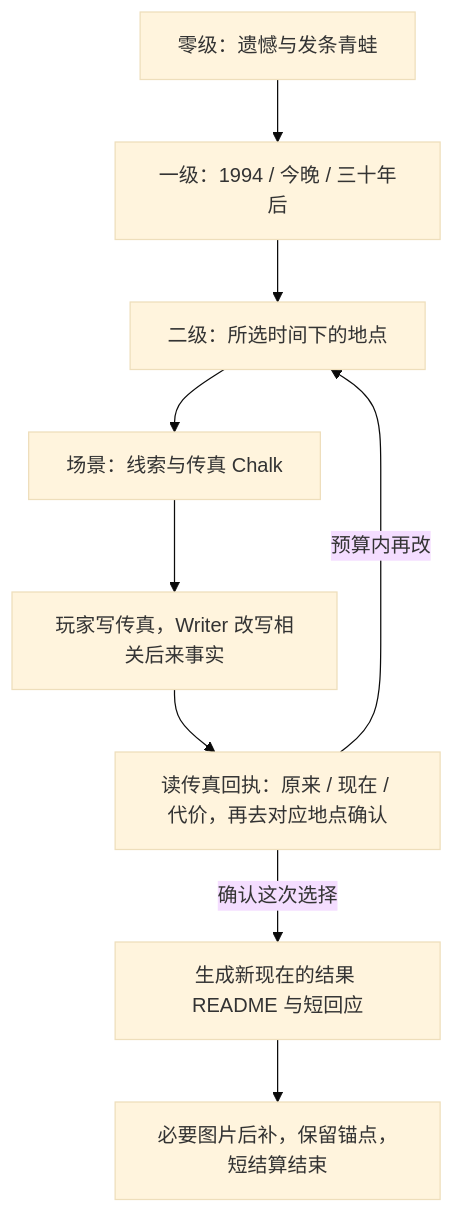
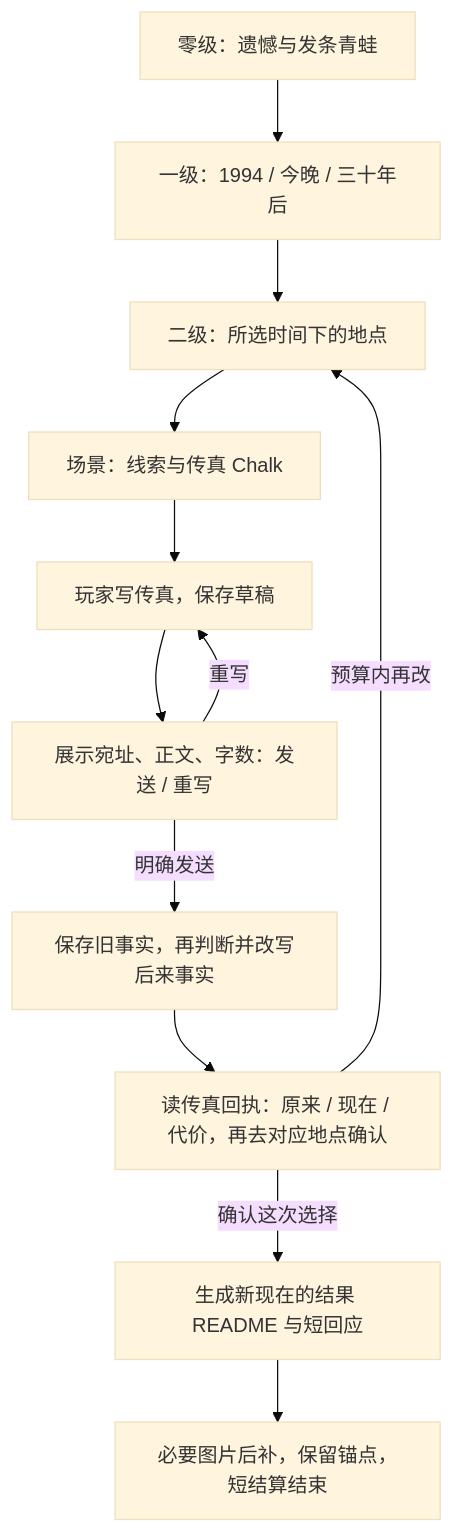
The diagram in docs/时间线短闭环与AI生长验收.md (LudicDynamics/hackathon), drawn with Mermaid (base theme) before and after one commit. The commit also changed other lines of this file and 12 other files, not shown here.

````diff
--- a/docs/时间线短闭环与AI生长验收.md
+++ b/docs/时间线短闭环与AI生长验收.md
@@ -20,11 +20,14 @@
 ```mermaid
 flowchart TD
     A[零级：遗憾与发条青蛙] --> B[一级：1994 / 今晚 / 三十年后]
     B --> C[二级：所选时间下的地点]
     C --> D[场景：线索与传真 Chalk]
-    D --> E[玩家写传真，Writer 改写相关后来事实]
+    D --> E0[玩家写传真，保存草稿]
+    E0 --> E1[展示宛址、正文、字数：发送 / 重写]
+    E1 -->|重写| E0
+    E1 -->|明确发送| E[保存旧事实，再判断并改写后来事实]
     E --> F[读传真回执：原来 / 现在 / 代价，再去对应地点确认]
     F -->|预算内再改| C
     F -->|确认这次选择| G[生成新现在的结果 README 与短回应]
     G --> H[必要图片后补，保留锚点，短结算结束]
 ```
````
